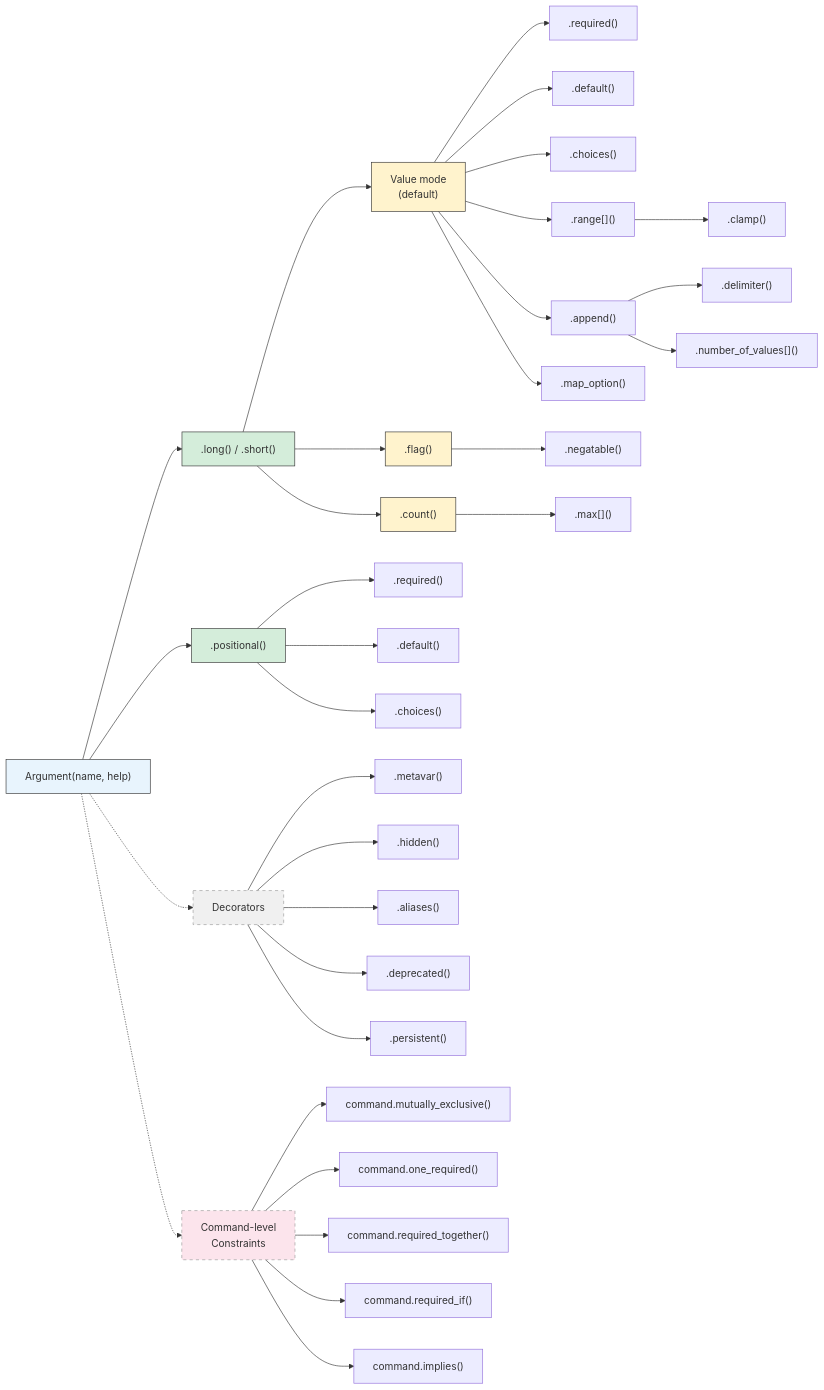
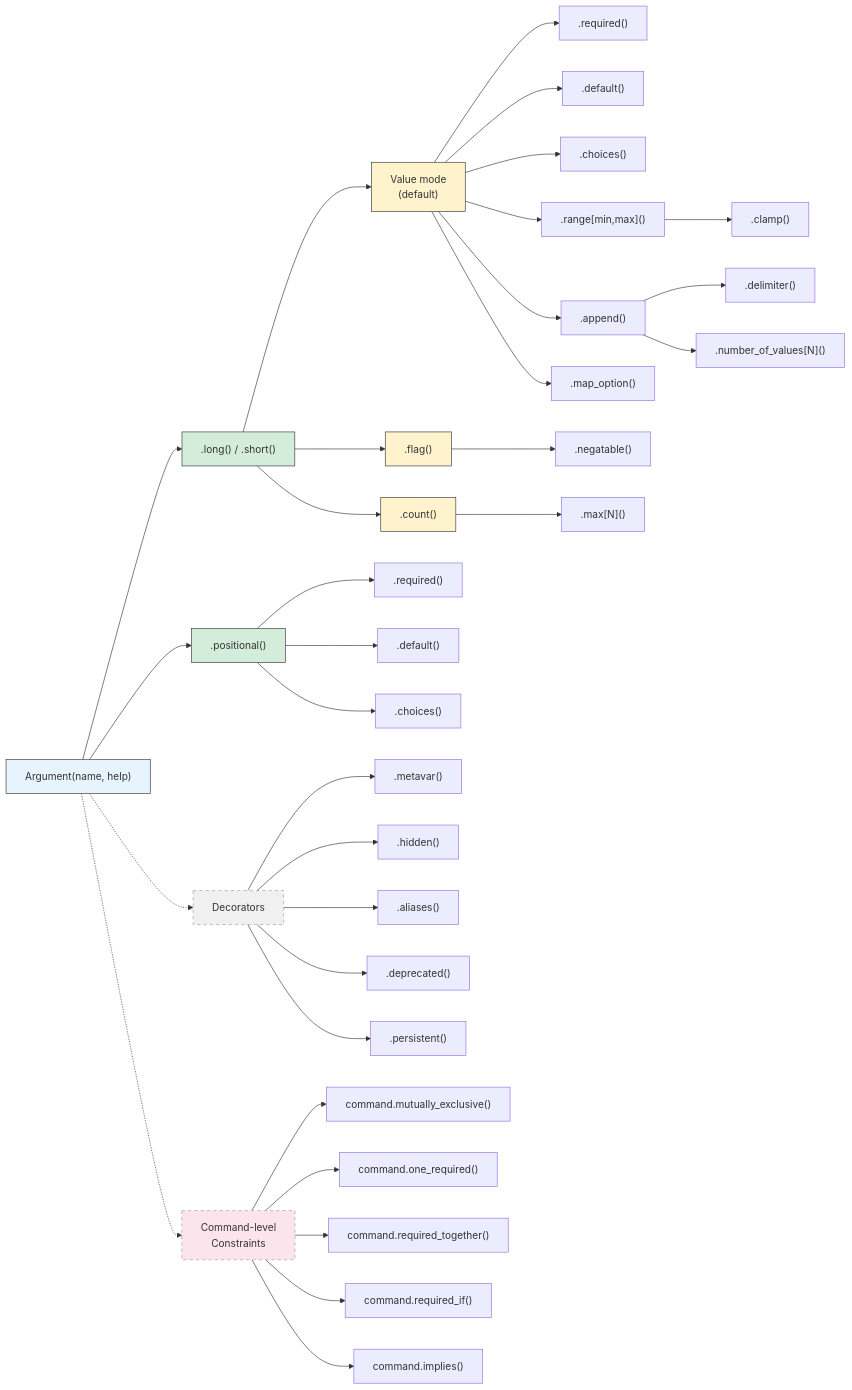
Before and after one commit to forfudan/argmojo: the diagram in docs/user_manual.md, drawn with Mermaid. The commit also changed other lines of this file, not shown here.

````diff
--- a/docs/user_manual.md
+++ b/docs/user_manual.md
@@ -1085,51 +1085,51 @@
 ```mermaid
 flowchart LR
     ARG["Argument(name, help)"]
 
     ARG --> NAMED[".long() / .short()"]
     ARG --> POS[".positional()"]
 
     NAMED --> VAL["Value mode\n(default)"]
     NAMED --> FLAG[".flag()"]
     NAMED --> COUNT[".count()"]
 
     VAL --> req1[".required()"]
     VAL --> def1[".default()"]
     VAL --> cho1[".choices()"]
-    VAL --> rng[".range[]()"]
+    VAL --> rng[".range[min,max]()"]
     rng --> clp[".clamp()"]
     VAL --> app[".append()"]
     app --> delim[".delimiter()"]
-    app --> nvals[".number_of_values[]()"]
+    app --> nvals[".number_of_values[N]()"]
     VAL --> mapopt[".map_option()"]
 
     FLAG --> neg[".negatable()"]
-    COUNT --> maxn[".max[]()"]
+    COUNT --> maxn[".max[N]()"]
 
     POS --> req2[".required()"]
     POS --> def2[".default()"]
     POS --> cho2[".choices()"]
 
     ARG -.-> DEC["Decorators"]
     DEC --> meta[".metavar()"]
     DEC --> hid[".hidden()"]
     DEC --> ali[".aliases()"]
     DEC --> dep[".deprecated()"]
     DEC --> per[".persistent()"]
 
     ARG -.-> CMDCON["Command-level\nConstraints"]
     CMDCON --> mutex["command.mutually_exclusive()"]
     CMDCON --> onereq["command.one_required()"]
     CMDCON --> reqtog["command.required_together()"]
     CMDCON --> reqif["command.required_if()"]
     CMDCON --> imp["command.implies()"]
 
     style ARG fill:#e8f4fd,stroke:#333
     style NAMED fill:#d4edda,stroke:#333
     style POS fill:#d4edda,stroke:#333
     style FLAG fill:#fff3cd,stroke:#333
     style COUNT fill:#fff3cd,stroke:#333
     style VAL fill:#fff3cd,stroke:#333
     style DEC fill:#f0f0f0,stroke:#999,stroke-dasharray: 5 5
     style CMDCON fill:#fce4ec,stroke:#999,stroke-dasharray: 5 5
 ```
````
